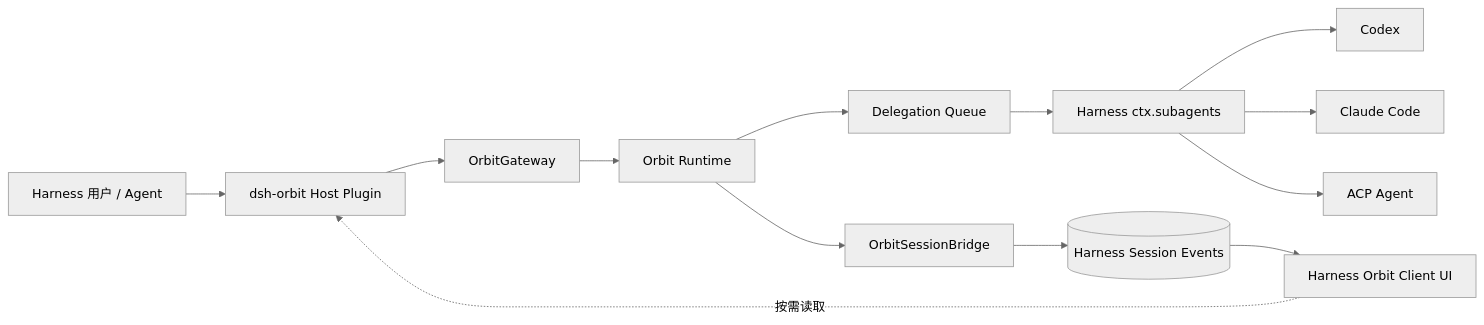
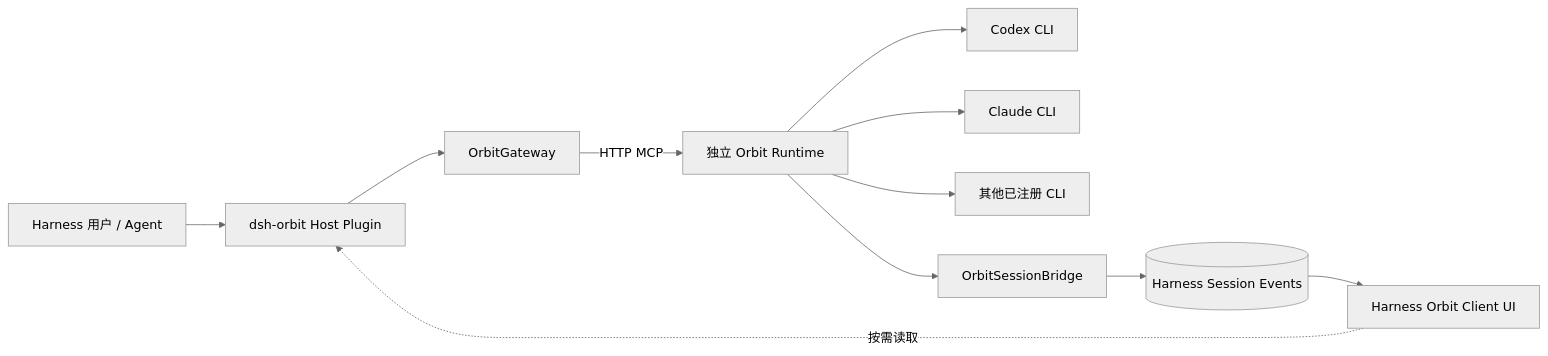
Before and after one commit to TNJ2026/orbit: the diagram in docs/deepseek-harness-integration-plan.md, drawn with Mermaid (neutral theme). The commit also changed other lines of this file and 46 other files, not shown here.

Commit message:
feat(harness): connect to independent Orbit runtime

````diff
--- a/docs/deepseek-harness-integration-plan.md
+++ b/docs/deepseek-harness-integration-plan.md
@@ -24,15 +25,13 @@
 ```mermaid
 flowchart LR
   U[Harness 用户 / Agent] --> HP[dsh-orbit Host Plugin]
   HP --> OG[OrbitGateway]
-  OG --> OR[Orbit Runtime]
-  OR --> EQ[Delegation Queue]
-  EQ --> SP[Harness ctx.subagents]
-  SP --> A1[Codex]
-  SP --> A2[Claude Code]
-  SP --> A3[ACP Agent]
+  OG -->|HTTP MCP| OR[独立 Orbit Runtime]
+  OR --> A1[Codex CLI]
+  OR --> A2[Claude CLI]
+  OR --> A3[其他已注册 CLI]
   OR --> EB[OrbitSessionBridge]
   EB --> SE[(Harness Session Events)]
   SE --> UI[Harness Orbit Client UI]
   UI -.按需读取.-> HP
 ```
````
